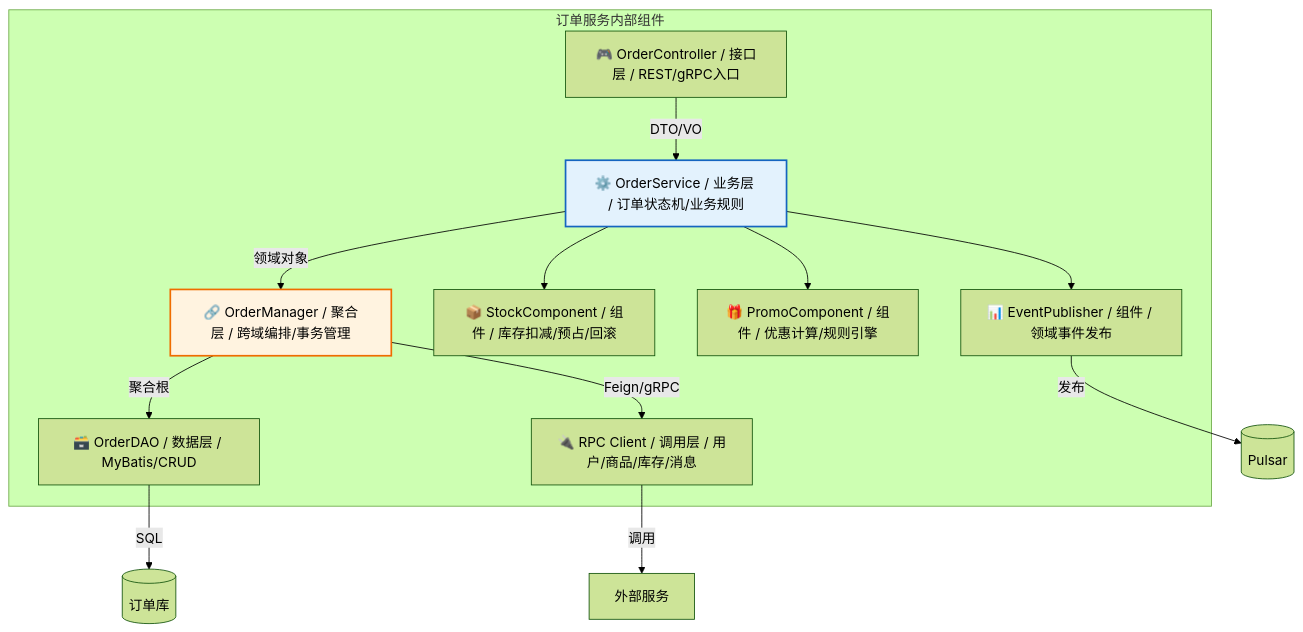
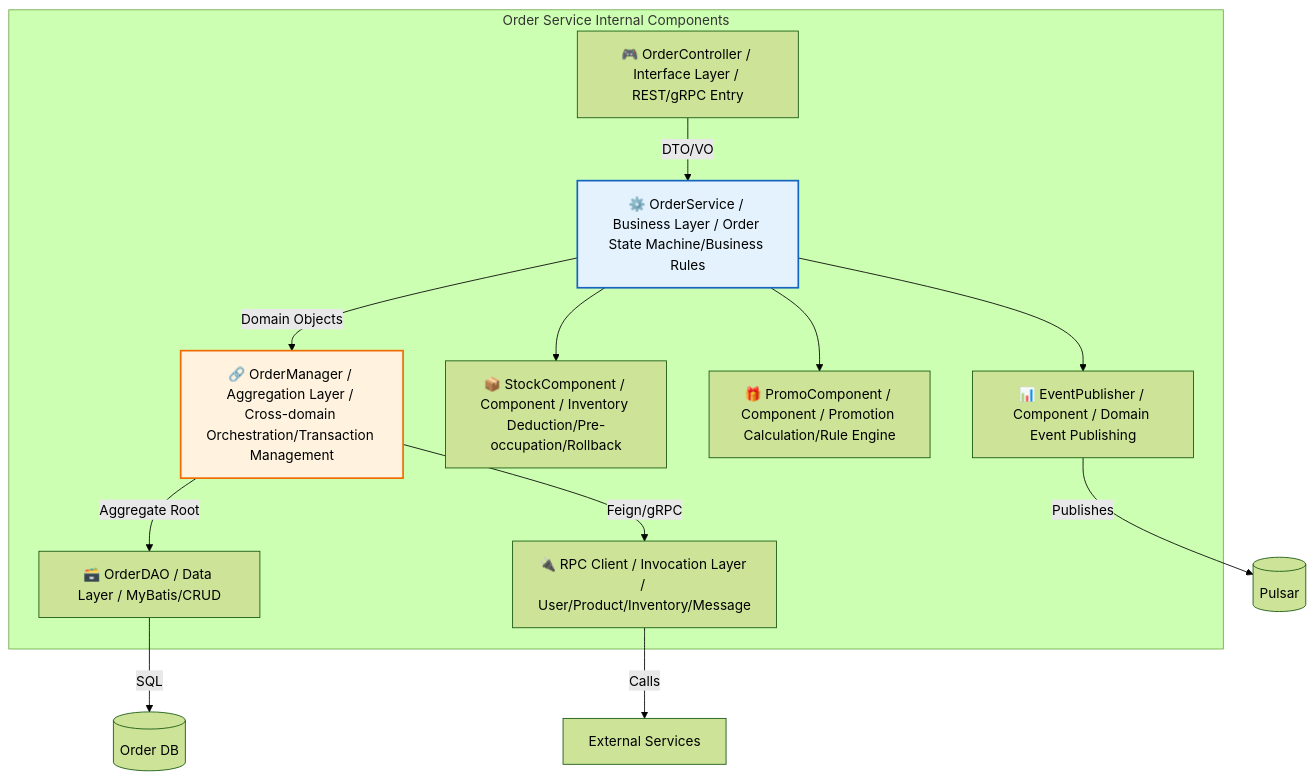
One commit to Kirky-X/cangjie changed the sixth of 15 diagrams in templates/产品/技术层/【模板】架构设计文档.md. Above: the diagram before and after it, drawn with Mermaid (forest theme). The commit also changed other lines of this file and 60 other files, not shown here.

````diff
--- a/templates/产品/技术层/【模板】架构设计文档.md
+++ b/templates/产品/技术层/【模板】架构设计文档.md
@@ -289,27 +289,27 @@
 ```mermaid
 graph TB
-    subgraph 订单服务内部组件
-        C1[🎮 OrderController / 接口层 / REST/gRPC入口]
-        C2[⚙️ OrderService / 业务层 / 订单状态机/业务规则]
-        C3[🔗 OrderManager / 聚合层 / 跨域编排/事务管理]
-        C4[🗃️ OrderDAO / 数据层 / MyBatis/CRUD]
-        C5[🔌 RPC Client / 调用层 / 用户/商品/库存/消息]
-        C6[📦 StockComponent / 组件 / 库存扣减/预占/回滚]
-        C7[🎁 PromoComponent / 组件 / 优惠计算/规则引擎]
-        C8[📊 EventPublisher / 组件 / 领域事件发布]
+    subgraph Order Service Internal Components
+        C1[🎮 OrderController / Interface Layer / REST/gRPC Entry]
+        C2[⚙️ OrderService / Business Layer / Order State Machine/Business Rules]
+        C3[🔗 OrderManager / Aggregation Layer / Cross-domain Orchestration/Transaction Management]
+        C4[🗃️ OrderDAO / Data Layer / MyBatis/CRUD]
+        C5[🔌 RPC Client / Invocation Layer / User/Product/Inventory/Message]
+        C6[📦 StockComponent / Component / Inventory Deduction/Pre-occupation/Rollback]
+        C7[🎁 PromoComponent / Component / Promotion Calculation/Rule Engine]
+        C8[📊 EventPublisher / Component / Domain Event Publishing]
     end
 
     C1 -->|DTO/VO| C2
     C2 --> C6
     C2 --> C7
     C2 --> C8
-    C2 -->|领域对象| C3
-    C3 -->|聚合根| C4
+    C2 -->|Domain Objects| C3
+    C3 -->|Aggregate Root| C4
     C3 -->|Feign/gRPC| C5
-    C4 -->|SQL| D1[(订单库)]
-    C5 -->|调用| E1[外部服务]
-    C8 -->|发布| Q1[(Pulsar)]
+    C4 -->|SQL| D1[(Order DB)]
+    C5 -->|Calls| E1[External Services]
+    C8 -->|Publishes| Q1[(Pulsar)]
 
     style C2 fill:#e3f2fd,stroke:#1565c0,stroke-width:2px
     style C3 fill:#fff3e0,stroke:#ef6c00,stroke-width:2px
 ```
````
